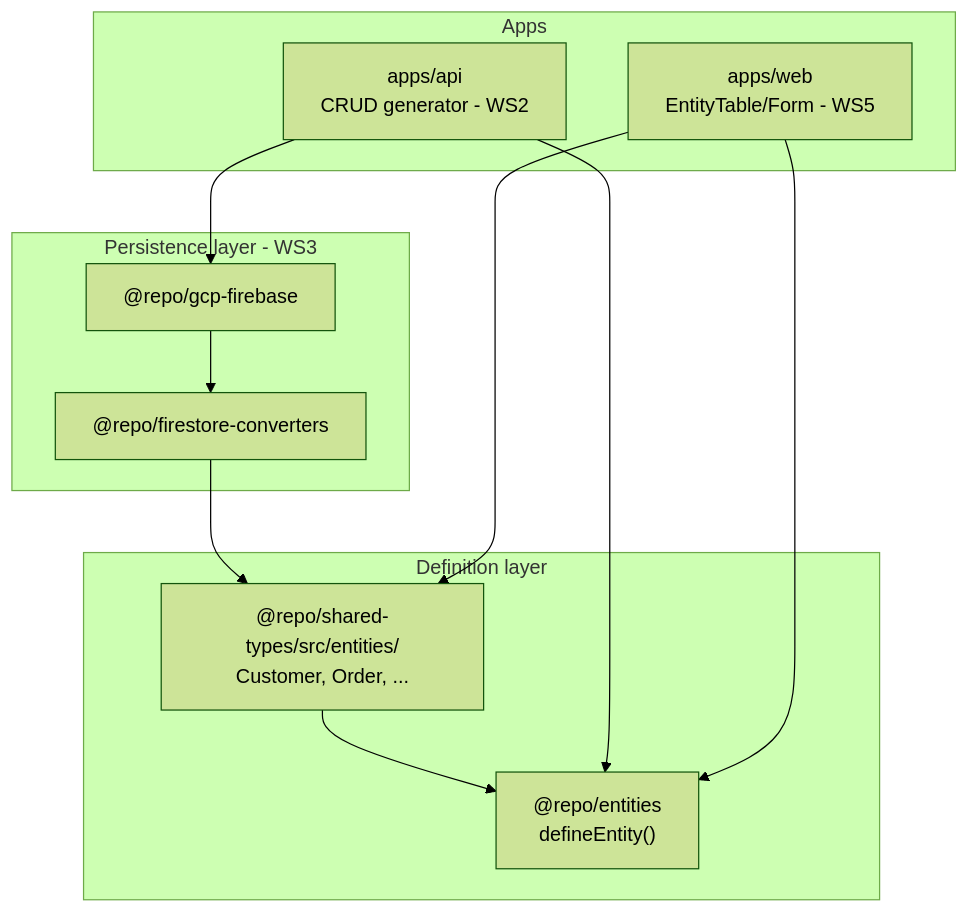
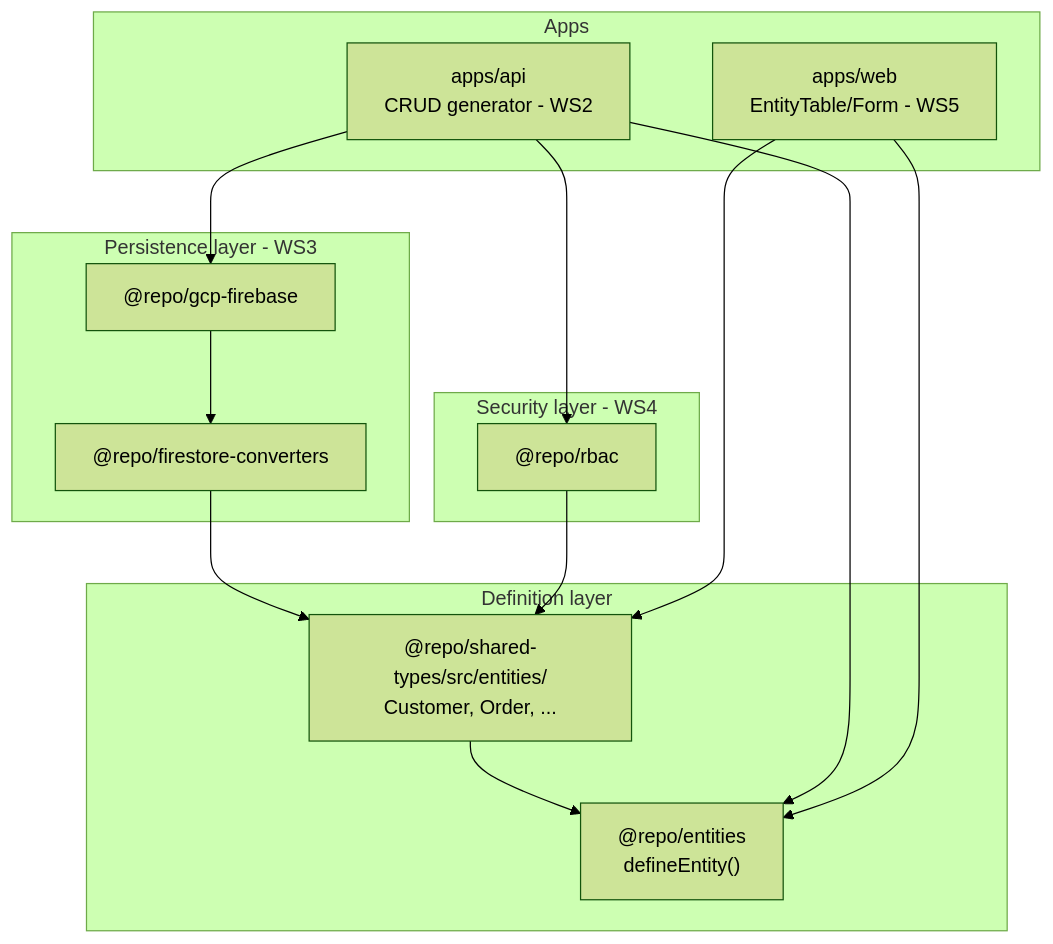
The diagram in docs/entity-system-guide.md (AndresLGomezO/spa-base), drawn with Mermaid (forest theme) before and after one commit. The commit also changed other lines of this file and 39 other files, not shown here.

First line of the commit message:
Add RBAC system and integrate with API for permission-based access

````diff
--- a/docs/entity-system-guide.md
+++ b/docs/entity-system-guide.md
@@ -11,22 +11,27 @@
 ```mermaid
 flowchart TB
   subgraph definition [Definition layer]
     Entities["@repo/entities\ndefineEntity()"]
     SharedTypes["@repo/shared-types/src/entities/\nCustomer, Order, ..."]
   end
   subgraph persistence [Persistence layer - WS3]
     FC["@repo/firestore-converters"]
     GCP["@repo/gcp-firebase"]
   end
+  subgraph security [Security layer - WS4]
+    RBAC["@repo/rbac"]
+  end
   subgraph apps [Apps]
     API["apps/api\nCRUD generator - WS2"]
     Web["apps/web\nEntityTable/Form - WS5"]
   end
   SharedTypes --> Entities
   FC --> SharedTypes
   GCP --> FC
   API --> GCP
   API --> Entities
+  API --> RBAC
+  RBAC --> SharedTypes
   Web --> SharedTypes
   Web --> Entities
 ```
````
